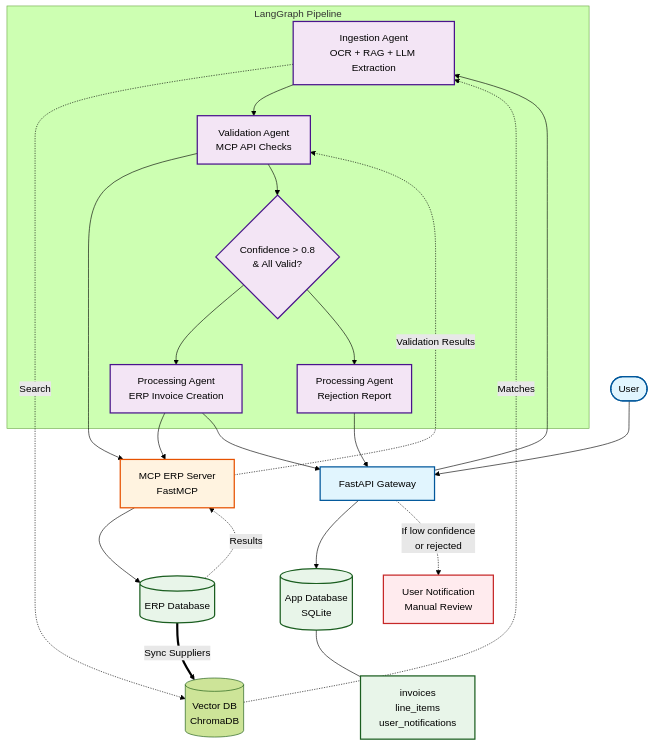
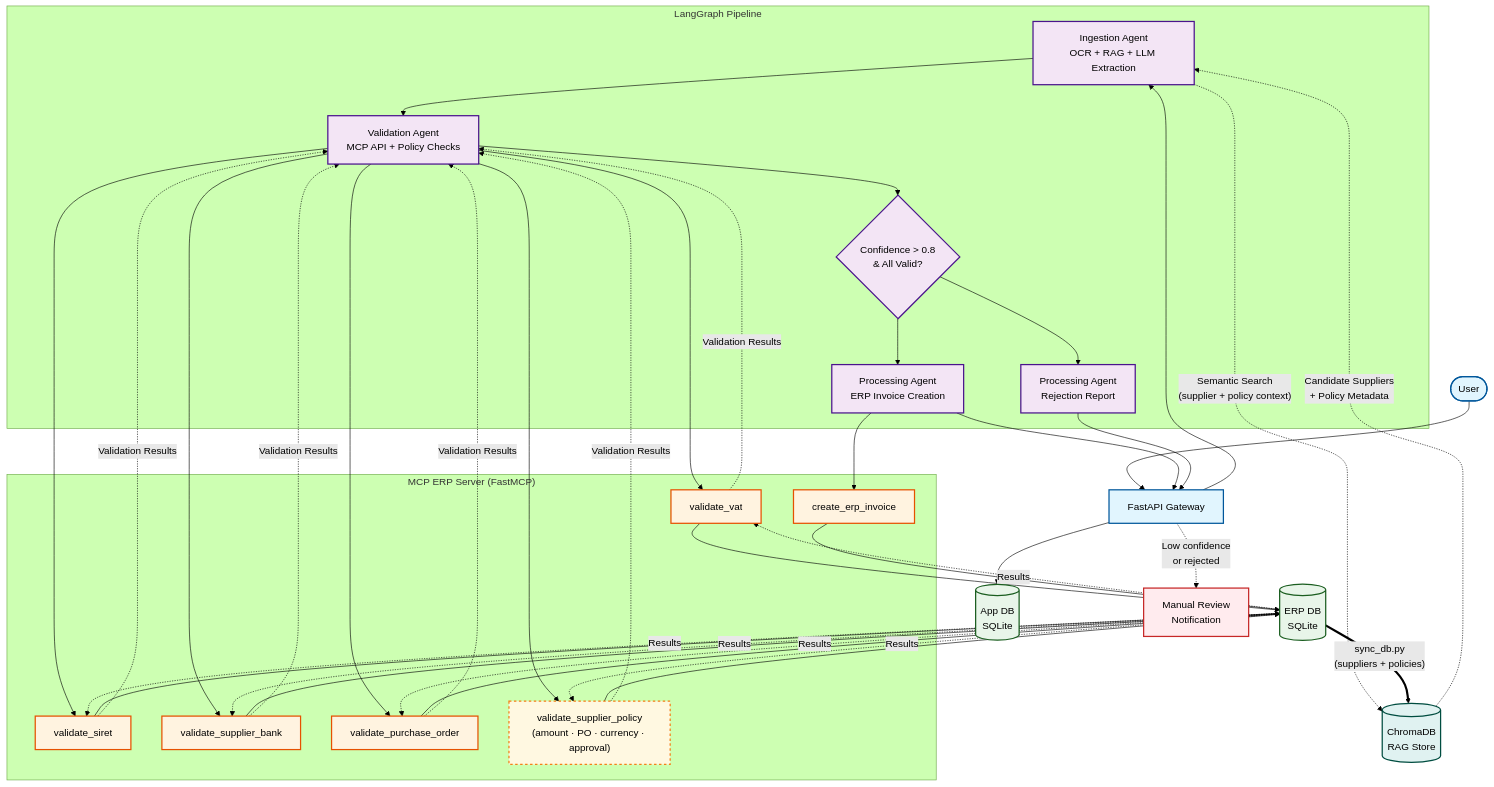
One commit to raghuramr-jpg/einvoice-processing changed the first of 2 diagrams in README.md. Above: the diagram before and after it, drawn with Mermaid (forest theme). The commit also changed other lines of this file and 46 other files, not shown here.

Commit message:
feat: Implement ingestion and validation agents, integrate ERP data with ChromaDB, and establish API endpoints.

````diff
--- a/README.md
+++ b/README.md
@@ -7,47 +9,63 @@
 ```mermaid
 ---
 config:
   layout: fixed
 ---
 flowchart TB
- subgraph subGraph0["LangGraph Pipeline"]
+ subgraph Pipeline["LangGraph Pipeline"]
         Ingestion["Ingestion Agent\nOCR + RAG + LLM Extraction"]
-        Validation["Validation Agent\nMCP API Checks"]
+        Validation["Validation Agent\nMCP API + Policy Checks"]
         Routing{"Confidence > 0.8\n& All Valid?"}
         Processing["Processing Agent\nERP Invoice Creation"]
         Reject["Processing Agent\nRejection Report"]
   end
+ subgraph ERP_SERVER["MCP ERP Server (FastMCP)"]
+        T1["validate_vat"]
+        T2["validate_siret"]
+        T3["validate_supplier_bank"]
+        T4["validate_purchase_order"]
+        T5["validate_supplier_policy\n(amount · PO · currency · approval)"]
+        T6["create_erp_invoice"]
+  end
     User(["User"]) --> API["FastAPI Gateway"]
-    API --> Ingestion & AppDB[("App Database\nSQLite")]
-    Ingestion -. "Search" .-> VectorDB[("Vector DB\nChromaDB")]
-    VectorDB -. "Matches" .-> Ingestion
+    API --> Ingestion & AppDB[("App DB\nSQLite")]
+    Ingestion -. "Semantic Search\n(supplier + policy context)" .-> VectorDB[("ChromaDB\nRAG Store")]
+    VectorDB -. "Candidate Suppliers\n+ Policy Metadata" .-> Ingestion
     Ingestion --> Validation
-    Validation --> MCS["MCP ERP Server\nFastMCP"] & Routing
-    MCS --> ERP[("ERP Database")]
-    ERP == "Sync Suppliers" ==> VectorDB
-    ERP -. "Results" .-> MCS
-    MCS -. "Validation Results" .-> Validation
+    Validation --> T1 & T2 & T3 & T4 & T5
+    T1 & T2 & T3 & T4 & T5 --> ERP[("ERP DB\nSQLite")]
+    ERP -. "Results" .-> T1 & T2 & T3 & T4 & T5
+    T1 & T2 & T3 & T4 & T5 -. "Validation Results" .-> Validation
+    Validation --> Routing
+    ERP == "sync_db.py\n(suppliers + policies)" ==> VectorDB
     Routing --> Processing & Reject
-    Processing --> MCS & API
-    Reject --> API
-    AppDB --- Tables["invoices\nline_items\nuser_notifications"]
-    API -. "If low confidence\nor rejected" .-> Notify["User Notification\nManual Review"]
+    Processing --> T6
+    T6 --> ERP
+    Processing & Reject --> API
+    API -. "Low confidence\nor rejected" .-> Notify["Manual Review\nNotification"]
 
      User:::user
      API:::user
      Ingestion:::agent
      Validation:::agent
      Routing:::agent
      Processing:::agent
      Reject:::agent
-     MCS:::mcp
+     T1:::tool
+     T2:::tool
+     T3:::tool
+     T4:::tool
+     T5:::policy
+     T6:::tool
      ERP:::db
      AppDB:::db
-     Tables:::db
+     VectorDB:::rag
      Notify:::review
-    classDef user fill:#e1f5fe,stroke:#01579b,stroke-width:2px
-    classDef agent fill:#f3e5f5,stroke:#4a148c,stroke-width:2px
-    classDef mcp fill:#fff3e0,stroke:#e65100,stroke-width:2px
-    classDef db fill:#e8f5e9,stroke:#1b5e20,stroke-width:2px
+    classDef user   fill:#e1f5fe,stroke:#01579b,stroke-width:2px
+    classDef agent  fill:#f3e5f5,stroke:#4a148c,stroke-width:2px
+    classDef tool   fill:#fff3e0,stroke:#e65100,stroke-width:2px
+    classDef policy fill:#fff8e1,stroke:#f57f17,stroke-width:2px,stroke-dasharray:4
+    classDef db     fill:#e8f5e9,stroke:#1b5e20,stroke-width:2px
+    classDef rag    fill:#e0f2f1,stroke:#004d40,stroke-width:2px
     classDef review fill:#ffebee,stroke:#c62828,stroke-width:2px
 ```
````
